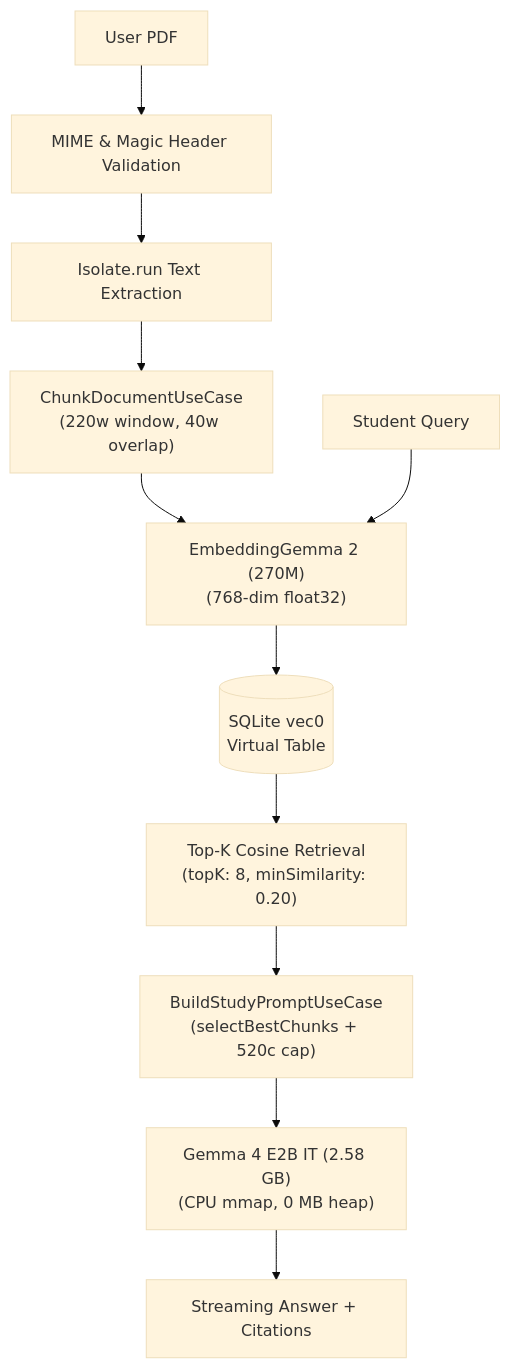
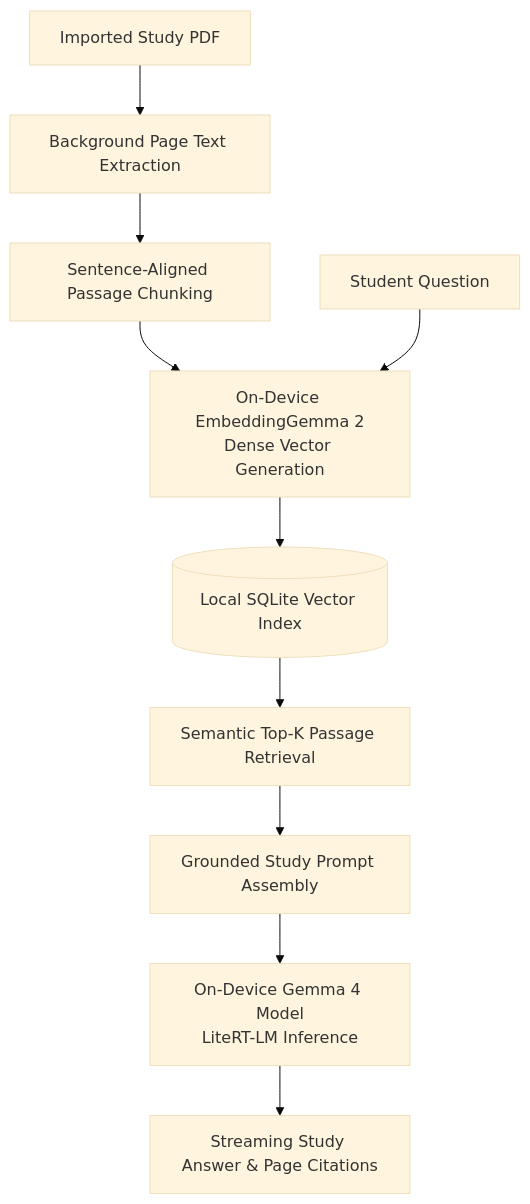
The diagram in apps/rag_study_gemma/README.md (jggomez/flutter-ia-examples), drawn with Mermaid (base theme) before and after one commit. The commit also changed other lines of this file and 19 other files, not shown here.

Commit message:
docs: rewrite READMEs following AI showcase best practices and scrub device identifiers

````diff
--- a/apps/rag_study_gemma/README.md
+++ b/apps/rag_study_gemma/README.md
@@ -62,13 +18,13 @@
 ```mermaid
 flowchart TD
-    PDF["User PDF"] --> VAL["MIME & Magic Header Validation"]
-    VAL --> EXT["Isolate.run Text Extraction"]
-    EXT --> CHK["ChunkDocumentUseCase<br/>(220w window, 40w overlap)"]
-    CHK --> EMB["EmbeddingGemma 2 (270M)<br/>(768-dim float32)"]
-    EMB --> DB[("SQLite vec0<br/>Virtual Table")]
-    Q["Student Query"] --> EMB
-    DB --> TOPK["Top-K Cosine Retrieval<br/>(topK: 8, minSimilarity: 0.20)"]
-    TOPK --> BSP["BuildStudyPromptUseCase<br/>(selectBestChunks + 520c cap)"]
-    BSP --> LLM["Gemma 4 E2B IT (2.58 GB)<br/>(CPU mmap, 0 MB heap)"]
-    LLM --> ANS["Streaming Answer + Citations"]
+    PDF["Imported Study PDF"] --> Extract["Background Page Text Extraction"]
+    Extract --> Chunk["Sentence-Aligned Passage Chunking"]
+    Chunk --> Embed["On-Device EmbeddingGemma 2\nDense Vector Generation"]
+    Embed --> Store[("Local SQLite Vector Index")]
+
+    Question["Student Question"] --> Embed
+    Store --> Retrieve["Semantic Top-K Passage Retrieval"]
+    Retrieve --> Ground["Grounded Study Prompt Assembly"]
+    Ground --> Gemma["On-Device Gemma 4 Model\nLiteRT-LM Inference"]
+    Gemma --> Answer["Streaming Study Answer & Page Citations"]
 ```
````
